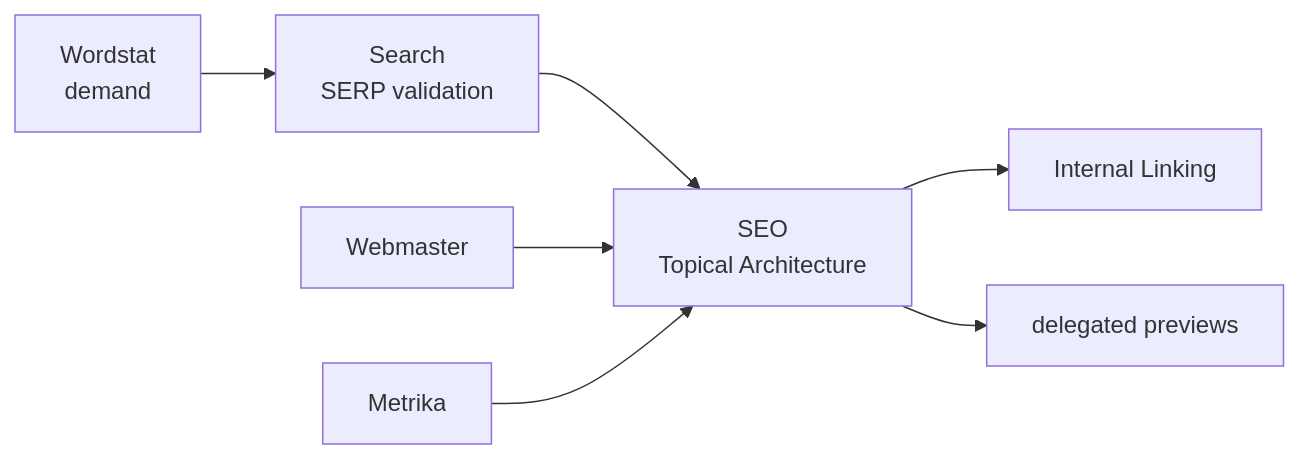
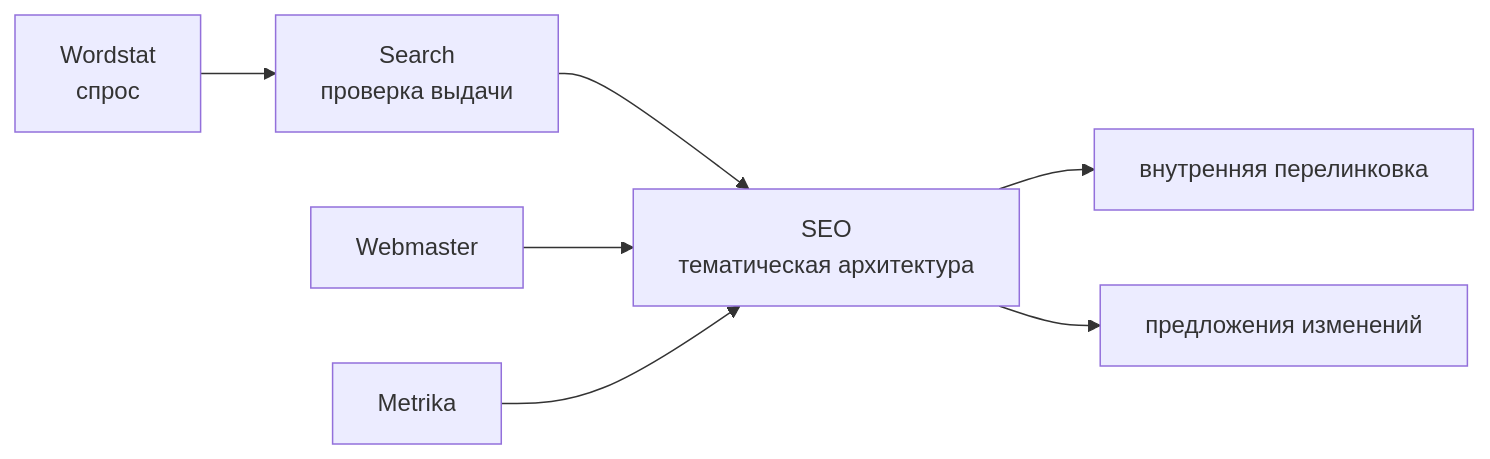
One commit to trafficolog/yandex-ai-plugins-skills changed the first of 2 diagrams in README.md. Above: the diagram before and after it, drawn with Mermaid. The commit also changed other lines of this file and 1 other file, not shown here.

````diff
--- a/README.md
+++ b/README.md
@@ -106,9 +168,9 @@
 ```mermaid
 flowchart LR
-  W[Wordstat<br/>demand] --> S[Search<br/>SERP validation]
-  S --> SEO[SEO<br/>Topical Architecture]
+  W[Wordstat<br/>спрос] --> S[Search<br/>проверка выдачи]
+  S --> SEO[SEO<br/>тематическая архитектура]
   WM[Webmaster] --> SEO
   M[Metrika] --> SEO
-  SEO --> IL[Internal Linking]
-  SEO --> P[delegated previews]
+  SEO --> IL[внутренняя перелинковка]
+  SEO --> P[предложения изменений]
 ```
````
